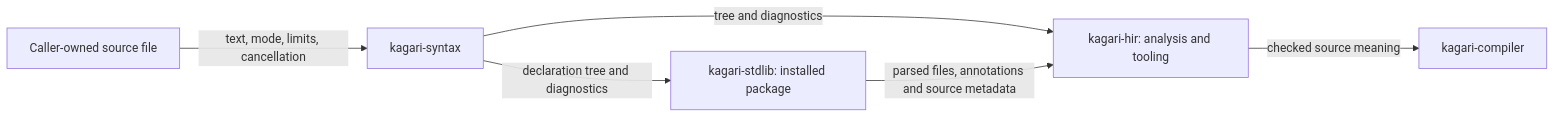
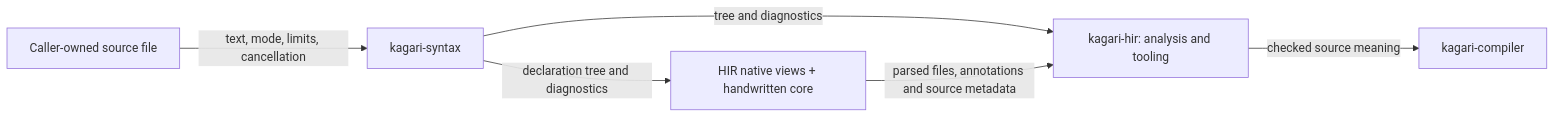
The first of 3 diagrams in docs/architecture/syntax.md (kagari-lang/kagari), drawn with Mermaid before and after one commit. The commit also changed other lines of this file and 7 other files, not shown here.

First line of the commit message:
fix(embed)!: gate source diagnostics and complete AC acceptance

````diff
--- a/docs/architecture/syntax.md
+++ b/docs/architecture/syntax.md
@@ -23,8 +23,8 @@
 ```mermaid
 flowchart LR
     Source["Caller-owned source file"] -->|"text, mode, limits, cancellation"| Syntax
     Syntax["kagari-syntax"] -->|"tree and diagnostics"| HIR["kagari-hir: analysis and tooling"]
-    Syntax -->|"declaration tree and diagnostics"| Stdlib["kagari-stdlib: installed package"]
+    Syntax -->|"declaration tree and diagnostics"| Foundation["HIR native views + handwritten core"]
     HIR -->|"checked source meaning"| Compiler["kagari-compiler"]
-    Stdlib -->|"parsed files, annotations and source metadata"| HIR
+    Foundation -->|"parsed files, annotations and source metadata"| HIR
 ```
````
